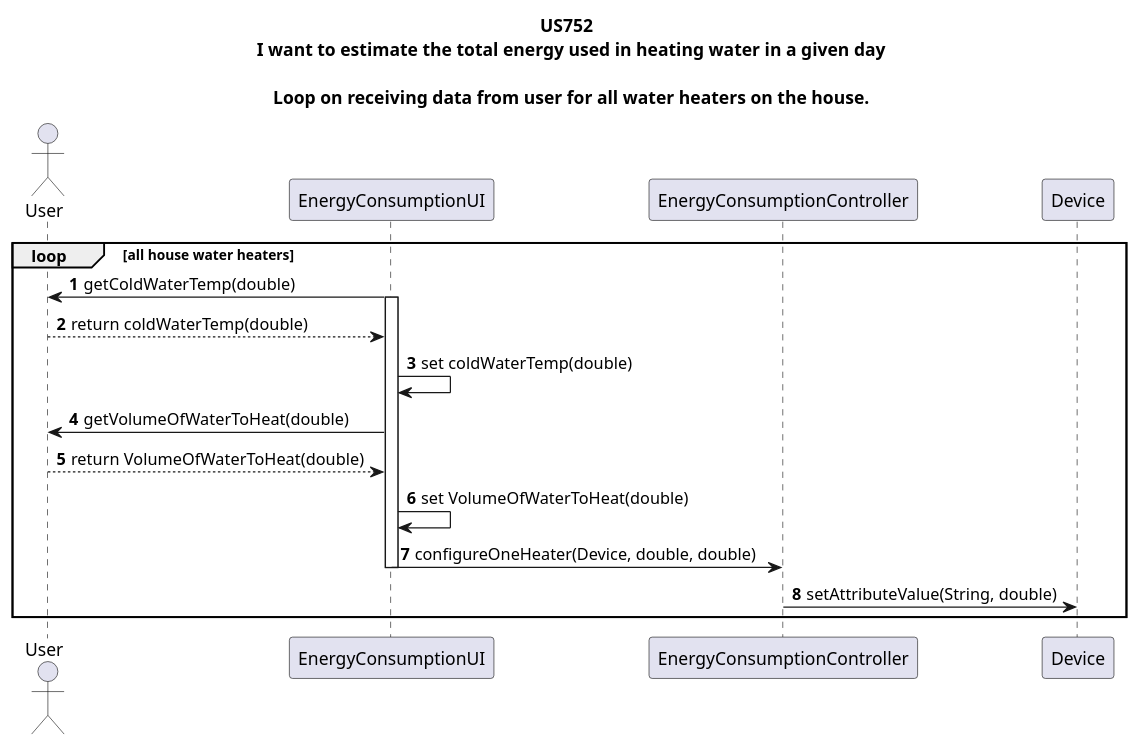
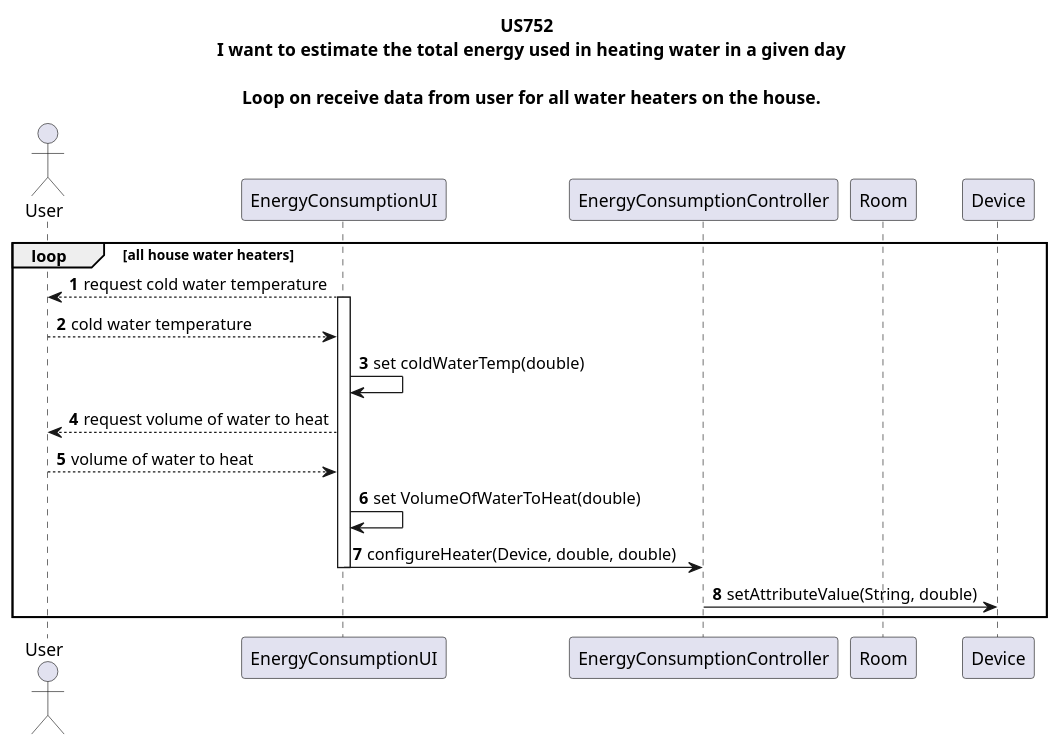
Before and after one commit to Almadanmp/project: the diagram in uml/US752First/US752loop.puml, drawn with PlantUML. The commit also changed 8 other files, not shown here.

Commit message:
REF #66 Changes UML encapsulates getname - was on ui now its on controller

```diff
--- a/uml/US752First/US752loop.puml
+++ b/uml/US752First/US752loop.puml
@@ -1,23 +1,24 @@
 @startuml
 
-title US752 \n  I want to estimate the total energy used in heating water in a given day \n \n Loop on receiving data from user for all water heaters on the house.
+title US752 \n  I want to estimate the total energy used in heating water in a given day \n \n Loop on receive data from user for all water heaters on the house.
 
 
 autonumber
 
 
 actor User
 
 loop all house water heaters
-    EnergyConsumptionUI -> User: getColdWaterTemp(double)
-    activate EnergyConsumptionUI
-    User --> EnergyConsumptionUI: return coldWaterTemp(double)
+    EnergyConsumptionUI --> User: request cold water temperature
+        activate EnergyConsumptionUI
+    User --> EnergyConsumptionUI: cold water temperature
     EnergyConsumptionUI -> EnergyConsumptionUI: set coldWaterTemp(double)
-    EnergyConsumptionUI -> User: getVolumeOfWaterToHeat(double)
-    User --> EnergyConsumptionUI: return VolumeOfWaterToHeat(double)
+    EnergyConsumptionUI --> User: request volume of water to heat
+    User --> EnergyConsumptionUI: volume of water to heat
     EnergyConsumptionUI -> EnergyConsumptionUI: set VolumeOfWaterToHeat(double)
-    EnergyConsumptionUI -> EnergyConsumptionController: configureOneHeater(Device, double, double)
-    deactivate EnergyConsumptionUI
+    EnergyConsumptionUI -> EnergyConsumptionController: configureHeater(Device, double, double)
+    participant Room
+        deactivate EnergyConsumptionUI
     EnergyConsumptionController -> Device: setAttributeValue(String, double)
 end
 @enduml
```
